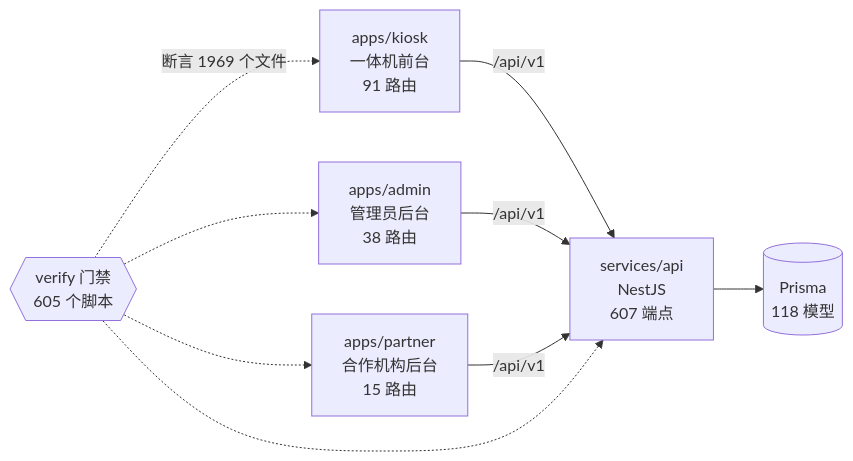
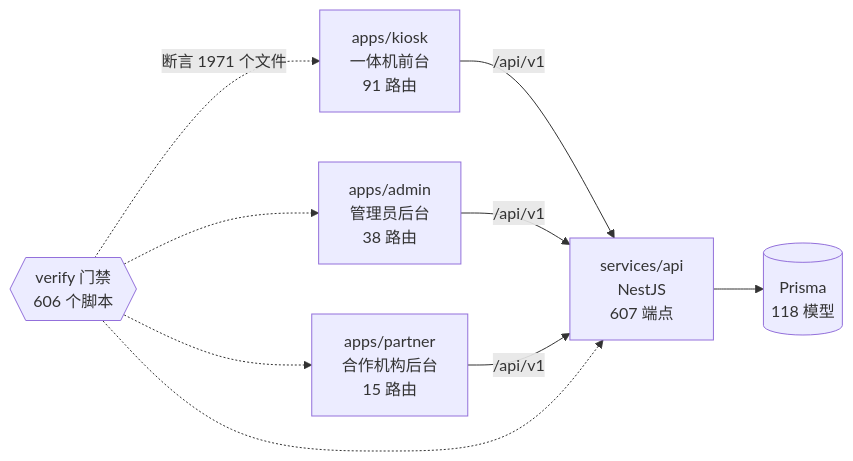
Before and after one commit to wanglei581/YITIJI: the diagram in docs/graph/README.md, drawn with Mermaid. The commit also changed other lines of this file and 14 other files, not shown here.

````diff
--- a/docs/graph/README.md
+++ b/docs/graph/README.md
@@ -68,18 +68,18 @@
 ```mermaid
 flowchart LR
   kiosk["apps/kiosk<br/>一体机前台<br/>91 路由"]
   admin["apps/admin<br/>管理员后台<br/>38 路由"]
   partner["apps/partner<br/>合作机构后台<br/>15 路由"]
   api["services/api<br/>NestJS<br/>607 端点"]
   db[("Prisma<br/>118 模型")]
-  gates{{"verify 门禁<br/>605 个脚本"}}
+  gates{{"verify 门禁<br/>606 个脚本"}}
 
   kiosk -->|"/api/v1"| api
   admin -->|"/api/v1"| api
   partner -->|"/api/v1"| api
   api --> db
-  gates -.->|"断言 1969 个文件"| kiosk
+  gates -.->|"断言 1971 个文件"| kiosk
   gates -.-> admin
   gates -.-> partner
   gates -.-> api
 ```
````
